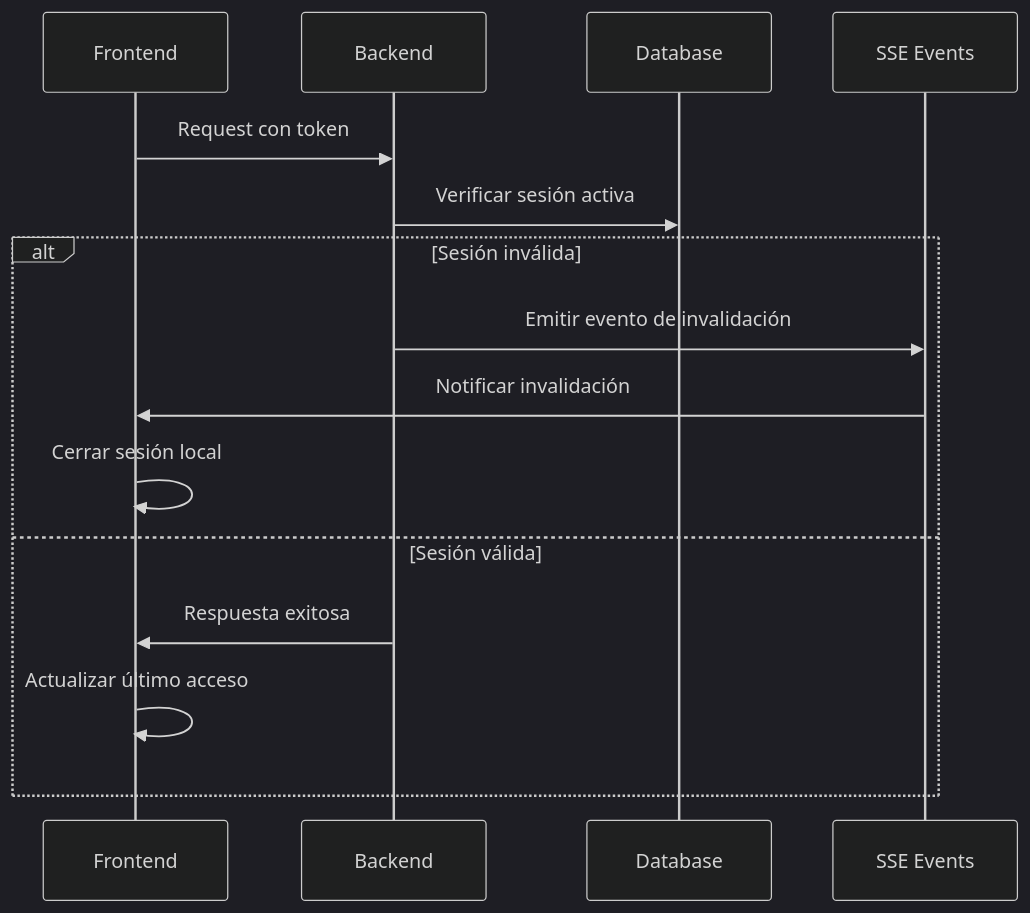
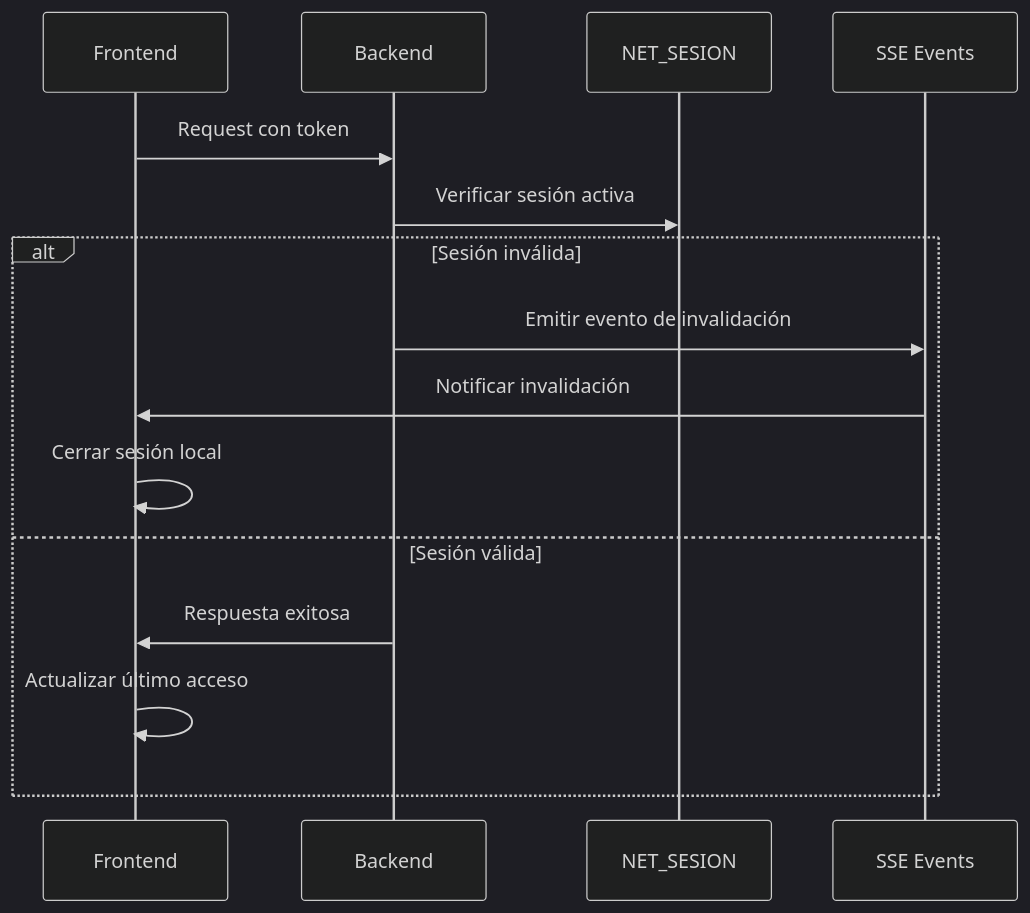
Before and after one commit to iamyare/INPRENET-main: the fifth of 5 diagrams in plan-implementacion-sso.md, drawn with Mermaid (dark theme). The commit also changed other lines of this file, not shown here.

Commit message:
Actualizar plan de implementación de SSO para usar la tabla NET_SESION y mejorar la gestión de sesiones

````diff
--- a/plan-implementacion-sso.md
+++ b/plan-implementacion-sso.md
@@ -142,18 +192,18 @@
 ```mermaid
 sequenceDiagram
     participant F as Frontend
     participant B as Backend
-    participant DB as Database
+    participant DB as NET_SESION
     participant SSE as SSE Events
 
     F->>B: Request con token
     B->>DB: Verificar sesión activa
     alt Sesión inválida
         B->>SSE: Emitir evento de invalidación
         SSE->>F: Notificar invalidación
         F->>F: Cerrar sesión local
     else Sesión válida
         B->>F: Respuesta exitosa
         F->>F: Actualizar último acceso
     end
 ```
````
